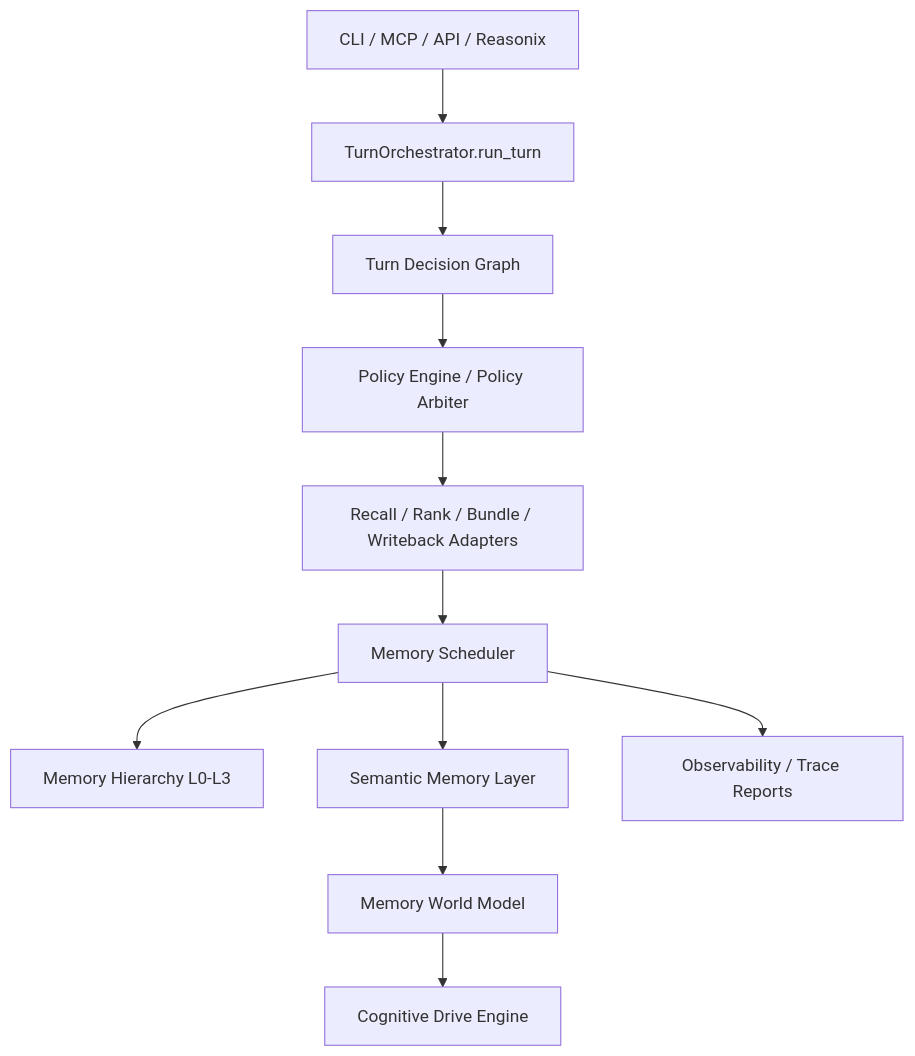
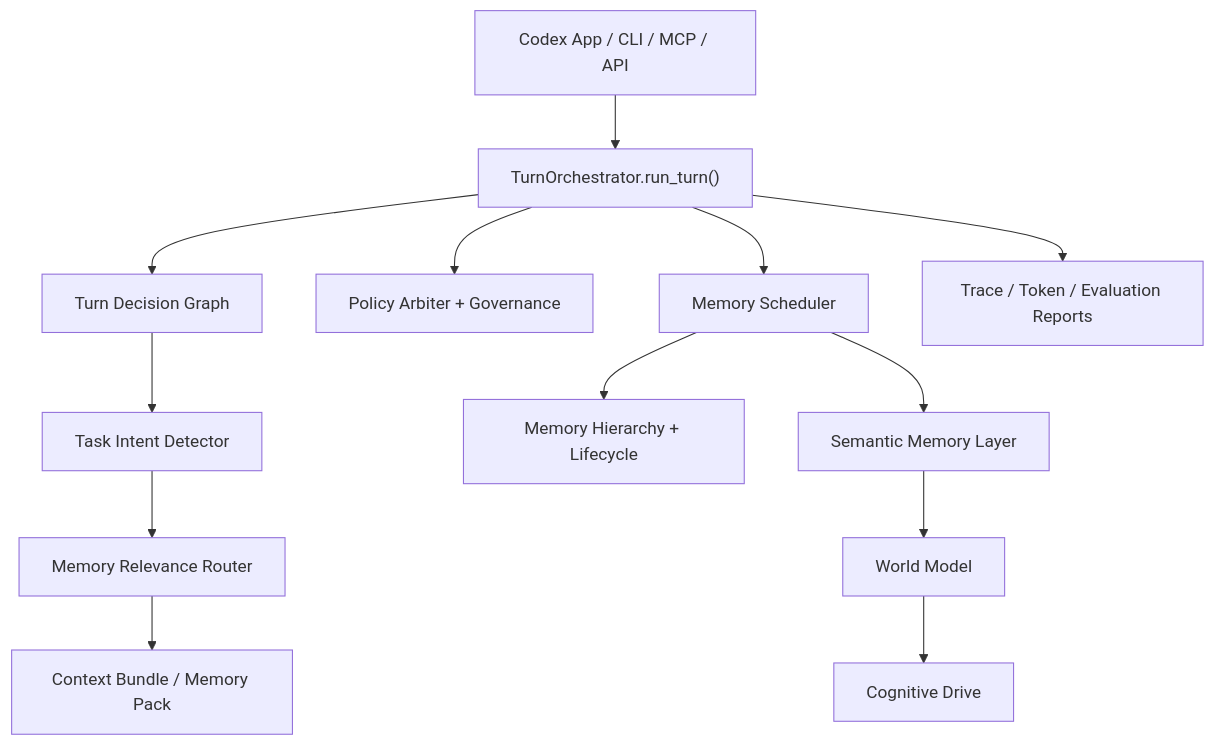
Before and after one commit to 1362909994-create/hippo_memory: the first of 2 diagrams in README.md, drawn with Mermaid. The commit also changed other lines of this file and 101 other files, not shown here.

Commit message:
Codex-first memory runtime update

````diff
--- a/README.md
+++ b/README.md
@@ -58,13 +27,15 @@
 ```mermaid
 flowchart TD
-    A[CLI / MCP / API / Reasonix] --> B[TurnOrchestrator.run_turn]
-    B --> C[Turn Decision Graph]
-    C --> D[Policy Engine / Policy Arbiter]
-    D --> E[Recall / Rank / Bundle / Writeback Adapters]
-    E --> F[Memory Scheduler]
-    F --> G[Memory Hierarchy L0-L3]
-    F --> H[Semantic Memory Layer]
-    H --> I[Memory World Model]
-    I --> J[Cognitive Drive Engine]
-    F --> K[Observability / Trace Reports]
+    A["Codex App / CLI / MCP / API"] --> B["TurnOrchestrator.run_turn()"]
+    B --> C["Turn Decision Graph"]
+    C --> D["Task Intent Detector"]
+    D --> E["Memory Relevance Router"]
+    E --> F["Context Bundle / Memory Pack"]
+    B --> G["Policy Arbiter + Governance"]
+    B --> H["Memory Scheduler"]
+    H --> I["Memory Hierarchy + Lifecycle"]
+    H --> J["Semantic Memory Layer"]
+    J --> K["World Model"]
+    K --> L["Cognitive Drive"]
+    B --> M["Trace / Token / Evaluation Reports"]
 ```
````
